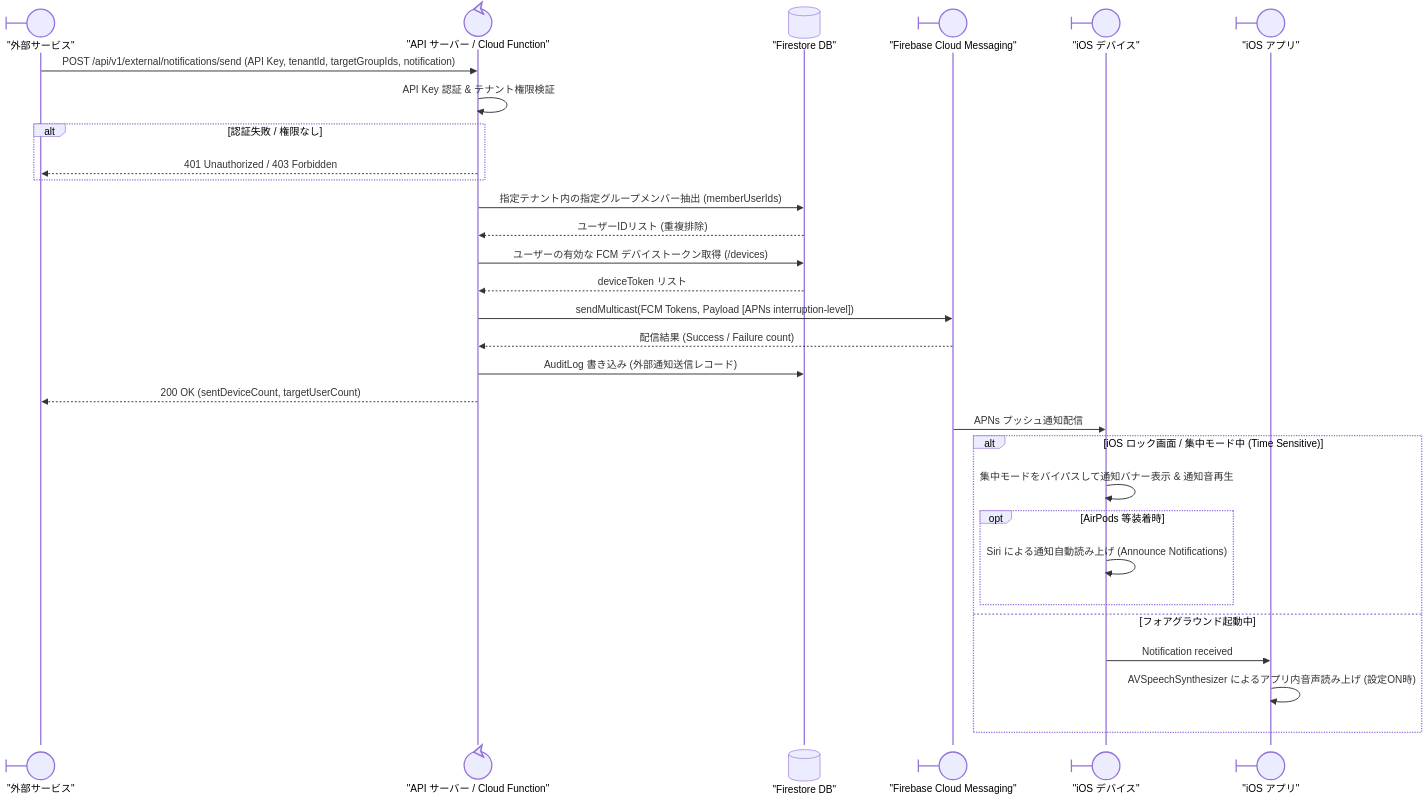
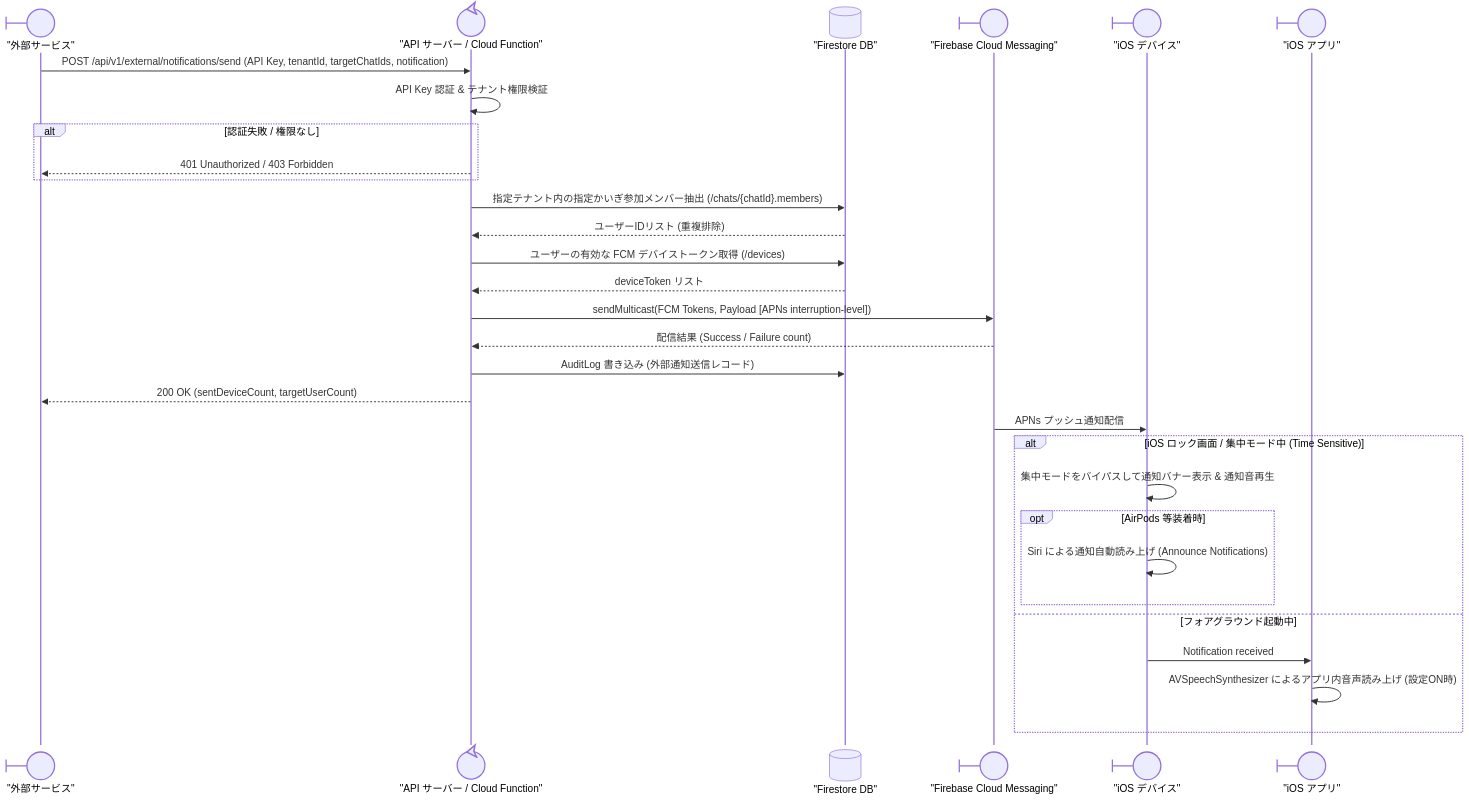
One commit to kantowork/friends changed the diagram in doc/07-detailed-usecases/07-08-external-group-notification.md. Above: the diagram before and after it, drawn with Mermaid. The commit also changed other lines of this file and 79 other files, not shown here.

Commit message:
feat: implement Cloudflare Workers backend, device recovery, and group chat features with UI refinements

````diff
--- a/doc/07-detailed-usecases/07-08-external-group-notification.md
+++ b/doc/07-detailed-usecases/07-08-external-group-notification.md
@@ -96,40 +96,40 @@
 ```mermaid
 sequenceDiagram
     participant ExtService@{ "type": "boundary" } as "外部サービス"
     participant APIServer@{ "type": "control" } as "API サーバー / Cloud Function"
     participant DB@{ "type": "database" } as "Firestore DB"
     participant FCM@{ "type": "boundary" } as "Firebase Cloud Messaging"
     participant iOSDevice@{ "type": "boundary" } as "iOS デバイス"
     participant App@{ "type": "boundary" } as "iOS アプリ"
 
-    ExtService->>APIServer: POST /api/v1/external/notifications/send (API Key, tenantId, targetGroupIds, notification)
+    ExtService->>APIServer: POST /api/v1/external/notifications/send (API Key, tenantId, targetChatIds, notification)
     APIServer->>APIServer: API Key 認証 & テナント権限検証
     
     alt 認証失敗 / 権限なし
         APIServer-->>ExtService: 401 Unauthorized / 403 Forbidden
     end
 
-    APIServer->>DB: 指定テナント内の指定グループメンバー抽出 (memberUserIds)
+    APIServer->>DB: 指定テナント内の指定かいぎ参加メンバー抽出 (/chats/{chatId}.members)
     DB-->>APIServer: ユーザーIDリスト (重複排除)
     
     APIServer->>DB: ユーザーの有効な FCM デバイストークン取得 (/devices)
     DB-->>APIServer: deviceToken リスト
 
     APIServer->>FCM: sendMulticast(FCM Tokens, Payload [APNs interruption-level])
     FCM-->>APIServer: 配信結果 (Success / Failure count)
     
     APIServer->>DB: AuditLog 書き込み (外部通知送信レコード)
     APIServer-->>ExtService: 200 OK (sentDeviceCount, targetUserCount)
 
     FCM->>iOSDevice: APNs プッシュ通知配信
     
     alt iOS ロック画面 / 集中モード中 (Time Sensitive)
         iOSDevice->>iOSDevice: 集中モードをバイパスして通知バナー表示 & 通知音再生
         opt AirPods 等装着時
             iOSDevice->>iOSDevice: Siri による通知自動読み上げ (Announce Notifications)
         end
     else フォアグラウンド起動中
         iOSDevice->>App: Notification received
         App->>App: AVSpeechSynthesizer によるアプリ内音声読み上げ (設定ON時)
     end
 ```
````
